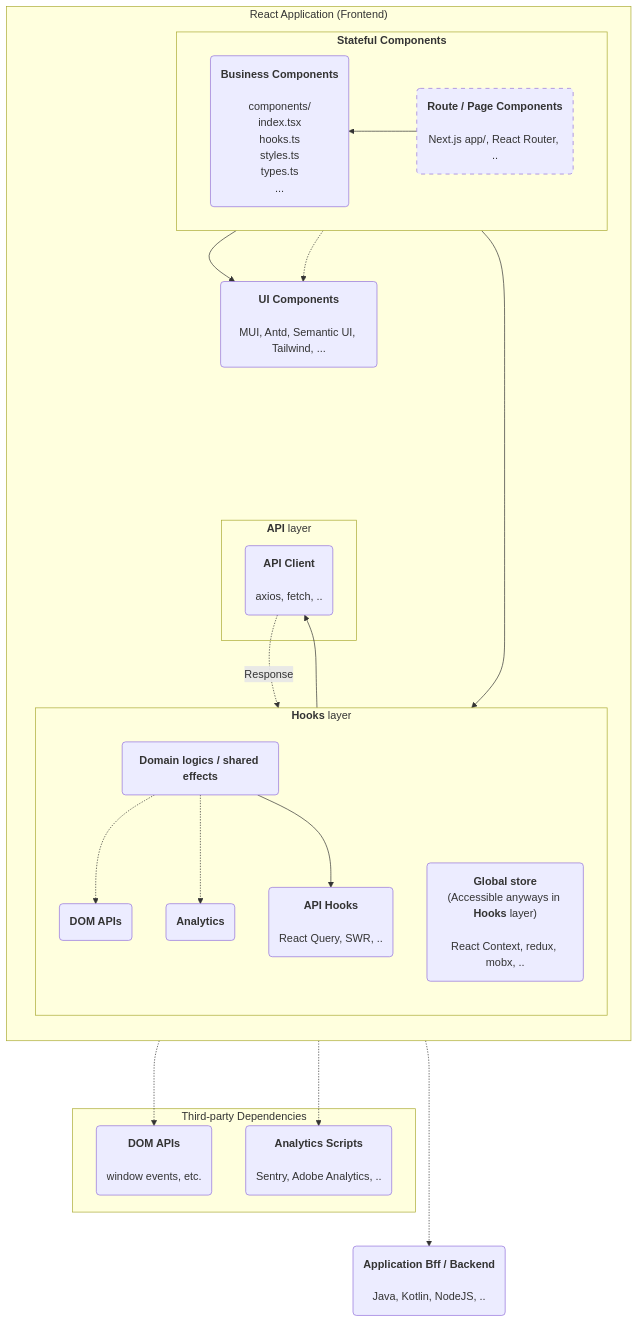
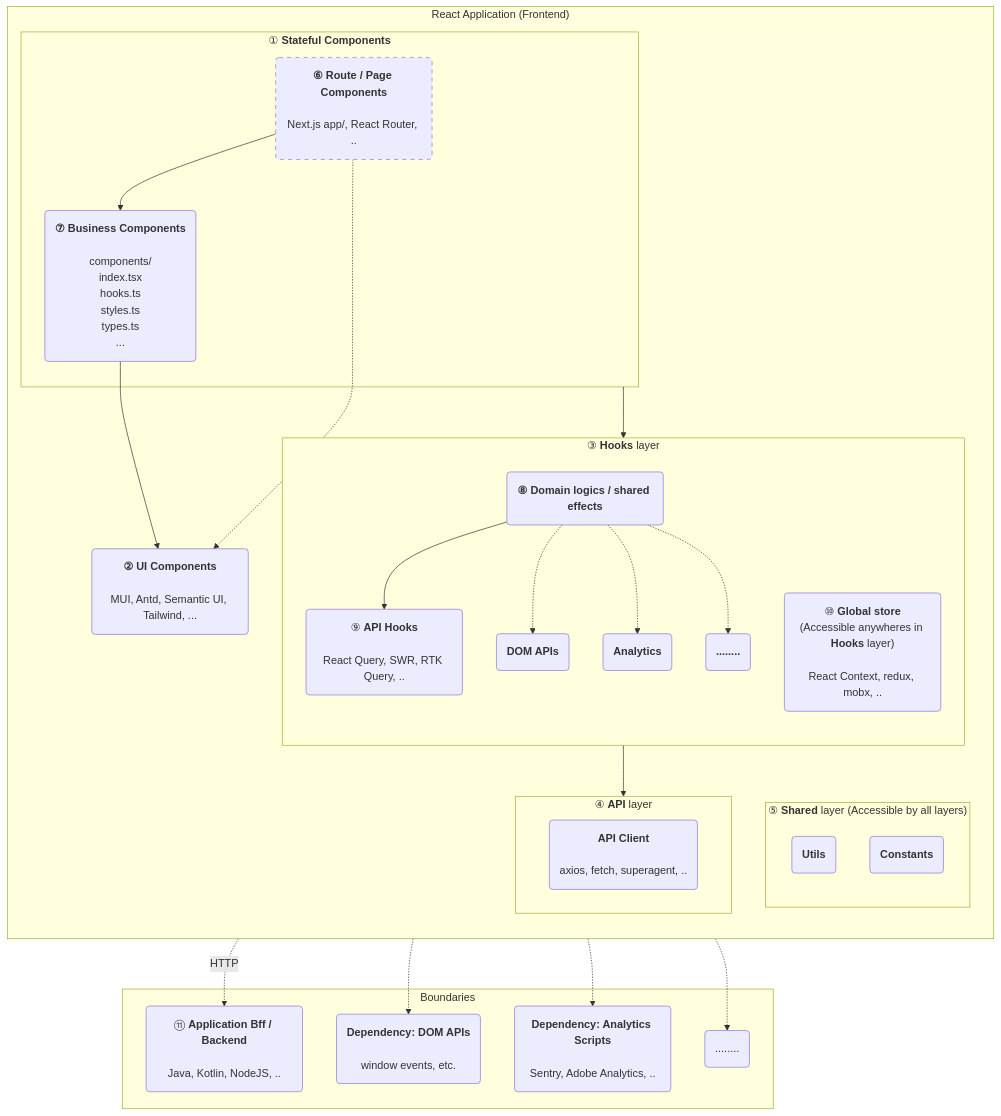
Before and after one commit to EthanLin-TWer/blog: the second of 3 diagrams in _posts/2023-12-10-react-unit-testing-best-practices.md, drawn with Mermaid. The commit also changed other lines of this file, not shown here.

Commit message:
🤖 Deploying to gh-pages from master a6d233ec

````diff
--- a/_posts/2023-12-10-react-unit-testing-best-practices.md
+++ b/_posts/2023-12-10-react-unit-testing-best-practices.md
@@ -97,33 +97,44 @@
 ```mermaid
 flowchart TB
-  %% components layer
-  route_components(<b>Route / Page Components</b><br/><br/>Next.js app/, React Router, ..)
-  business_components(<b>Business Components</b><br/><br/>components/<br/>index.tsx<br/>hooks.ts<br/>styles.ts<br/>types.ts<br/>...)
-  ui_components(<b>UI Components</b><br/><br/>MUI, Antd, Semantic UI, Tailwind, ...)
+  %% definition: components layer
+  route_components("<b>⑥ Route / Page Components</b><br/><br/>Next.js app/, React Router, ..")
+  business_components("<b>⑦ Business Components</b><br/><br/>components/<br/>index.tsx<br/>hooks.ts<br/>styles.ts<br/>types.ts<br/>...")
+  ui_components("<b>② UI Components</b><br/><br/>MUI, Antd, Semantic UI, Tailwind, ...")
         
-  %% hooks layer
-  shared_hooks(<b>Domain logics / shared effects</b>)
+  %% definition: hooks layer
+  shared_hooks("<b>⑧ Domain logics / shared effects</b>")
   dom_hooks(<b>DOM APIs</b>)
   analytics_hooks(<b>Analytics</b>)
-  global_store("<b>Global store</b><br/>(Accessible anyways in <b>Hooks</b> layer)<br/><br/>React Context, redux, mobx, ..")
-  api_hooks(<b>API Hooks</b><br/><br/>React Query, SWR, ..)
+  global_store("⑩ <b>Global store</b><br/>(Accessible anywheres in <b>Hooks</b> layer)<br/><br/>React Context, redux, mobx, ..")
+  api_hooks("⑨ <b>API Hooks</b><br/><br/>React Query, SWR, RTK Query, ..")
+  etc_hooks(<b>........</b>)
 
-  api_client(<b>API Client</b><br/><br/>axios, fetch, ..)
+  %% definition: api layer
+  api_client(<b>API Client</b><br/><br/>axios, fetch, superagent, ..)
   
-%%  utils(<b>Utils</b>)
-%%  constants(<b>Constants</b>)
+  %% definition: shared layer
+  utils(<b>Utils</b>)
+  constants(<b>Constants</b>)
   
-  %% outside of boundaries
-  bff(<b>Application Bff / Backend</b><br/><br/>Java, Kotlin, NodeJS, ..)
-  deps_dom_apis(<b>DOM APIs</b><br/><br/>window events, etc.)
-  deps_analytics(<b>Analytics Scripts</b><br/><br/>Sentry, Adobe Analytics, ..)
+  %% definition: outside of boundaries
+  bff("⑪ <b>Application Bff / Backend</b><br/><br/>Java, Kotlin, NodeJS, ..")
+  deps_dom_apis(<b>Dependency: DOM APIs</b><br/><br/>window events, etc.)
+  deps_analytics(<b>Dependency: Analytics Scripts</b><br/><br/>Sentry, Adobe Analytics, ..)
         
+  %% styles
   style route_components stroke-dasharray: 6 6
 
+  %% start: components & connections
   subgraph app ["React Application (Frontend)"];
     direction TB
-    subgraph stateful_components [<b>Stateful Components</b>]
-      direction RL
+
+    subgraph shared_layer ["⑤ <b>Shared</b> layer (Accessible by all layers)"];
+      direction TB
+      utils
+      constants
+    end
+
+    subgraph stateful_components ["① <b>Stateful Components</b>"]
       route_components
       business_components
     end
@@ -133,46 +144,41 @@
     business_components --> ui_components
     route_components -.-> ui_components
     
-    subgraph hooks_layer [<b>Hooks</b> layer];
+    subgraph hooks_layer ["③ <b>Hooks</b> layer"];
       direction TB
-      global_store
+      api_hooks
       shared_hooks
       analytics_hooks
       dom_hooks
-      api_hooks
+      etc_hooks
+        global_store
 
+      shared_hooks --> api_hooks
       shared_hooks -.-> dom_hooks
       shared_hooks -.-> analytics_hooks
-      shared_hooks --> api_hooks
-%%      api_hooks -. ResponseDTO .-> shared_hooks
+      shared_hooks -.-> etc_hooks
+      %% mermaid will mess up the whole chart when uncommenting following, but it's required
+      %% api_hooks -. ResponseDTO .-> shared_hooks
     end
-    stateful_components ------> hooks_layer
-    
-    subgraph api_layer [<b>API</b> layer]
+    stateful_components ---> shared_hooks
+          
+    subgraph api_layer ["④ <b>API</b> layer"];
       api_client
-      
-      api_hooks --> api_client
-      api_client -. "Response" .-> api_hooks
     end
-          
-%%    subgraph shared_layer ["<b>Shared</b> layer<br/>(Accessible by all layers)"];
-%%      direction LR
-%%      utils
-%%      constants
-%%    end
-          
-%%    stateful_components -.-> shared_layer
-%%    ui_components -.-> shared_layer
-%%    hooks_layer --> shared_layer
-%%    api_layer --> shared_layer
+    api_hooks --> api_layer
+    %% api_client -. "Response" .-> api_hooks
+
   end
-
-  api_layer -...-> bff
   
-  subgraph 3rd_party_deps ["Third-party Dependencies"]; 
+  subgraph boundaries ["Boundaries"];
+    bff
     deps_dom_apis
     deps_analytics
+    deps_others(........)
   end
-  dom_hooks -..-> deps_dom_apis
-  analytics_hooks -..-> deps_analytics 
+  
+  api_layer -. "HTTP" .-> bff
+  dom_hooks -.-> deps_dom_apis
+  analytics_hooks -.-> deps_analytics 
+  etc_hooks -.-> deps_others 
 ```
````
